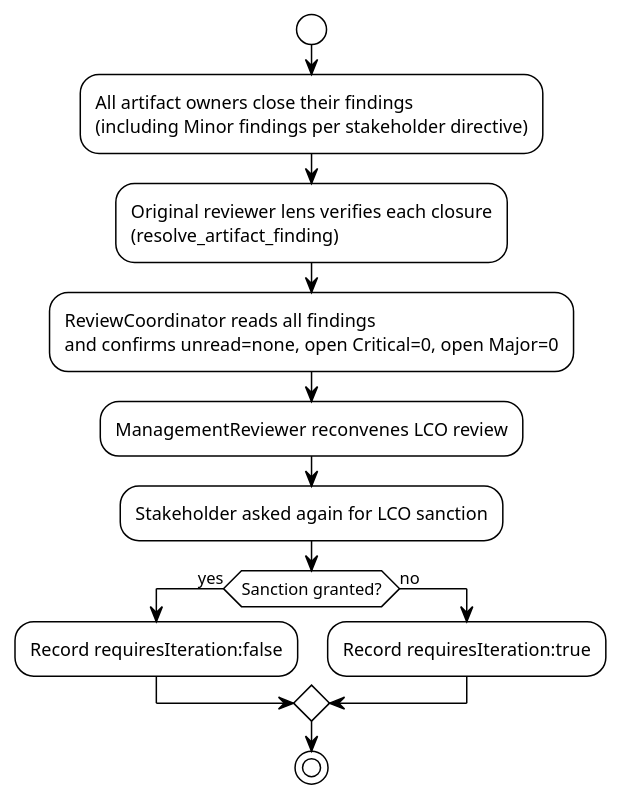
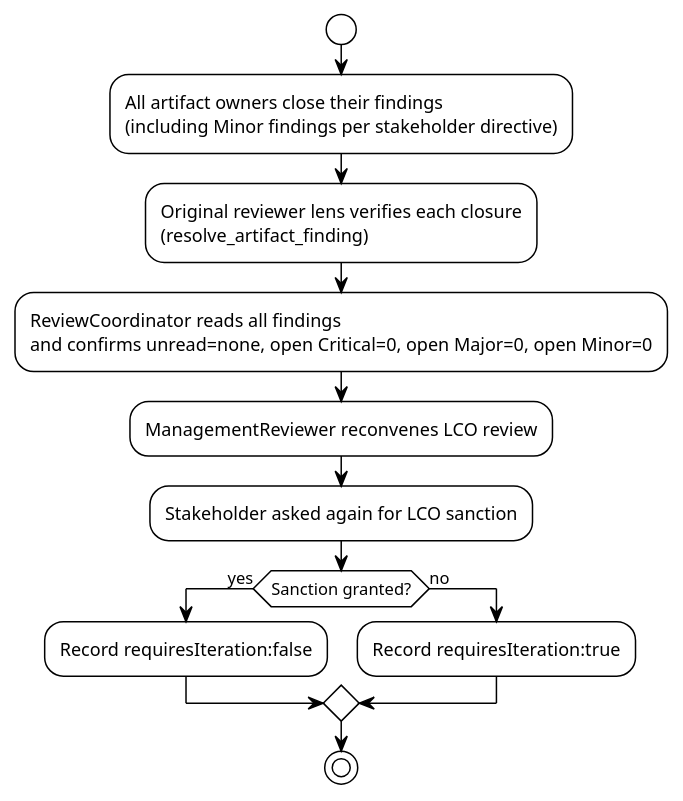
Before and after one commit to banense-test/portal: the third of 4 diagrams in docs/artifacts/project-management/review-record.md, drawn with PlantUML. The commit also changed other lines of this file, not shown here.

````diff
--- a/docs/artifacts/project-management/review-record.md
+++ b/docs/artifacts/project-management/review-record.md
@@ -164,20 +176,20 @@
 ```plantuml
 @startuml Rework_and_ReReview_Plan
 !theme plain
 start
 :All artifact owners close their findings
 (including Minor findings per stakeholder directive);
 :Original reviewer lens verifies each closure
 (resolve_artifact_finding);
 :ReviewCoordinator reads all findings
-and confirms unread=none, open Critical=0, open Major=0;
+and confirms unread=none, open Critical=0, open Major=0, open Minor=0;
 :ManagementReviewer reconvenes LCO review;
 :Stakeholder asked again for LCO sanction;
 if (Sanction granted?) then (yes)
   :Record requiresIteration:false;
 else (no)
   :Record requiresIteration:true;
 endif
 stop
 @enduml
 ```
````
